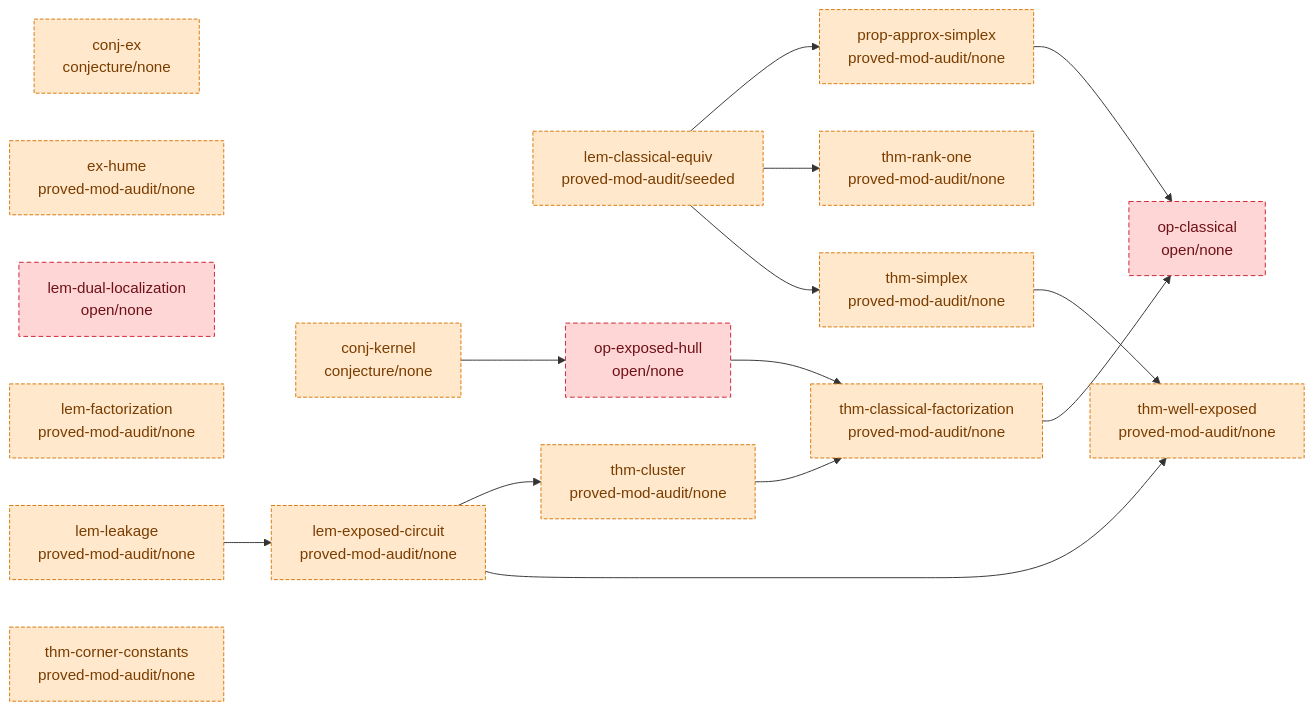
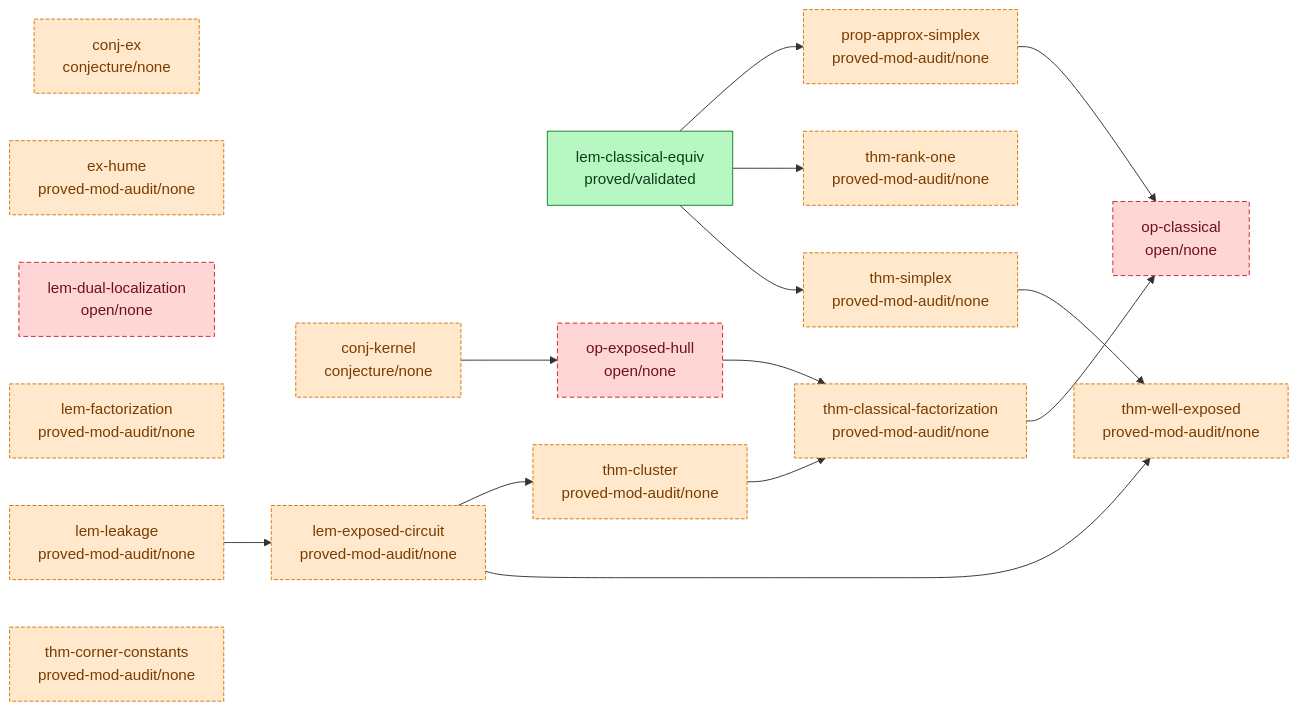
Before and after one commit to tobiasosborne/almost-idempotent-stochastic-maps: the diagram in argument/DAG.md, drawn with Mermaid. The commit also changed 160 other files, not shown here.

````diff
--- a/argument/DAG.md
+++ b/argument/DAG.md
@@ -6,41 +6,42 @@
 ```mermaid
 graph LR
   classDef validated fill:#b7f7c2,stroke:#1a7f37,color:#0b3d18;
   classDef proved fill:#cfe3ff,stroke:#0969da,color:#0a3069;
   classDef seeded fill:#fff3c4,stroke:#bf8700,color:#5a4500;
   classDef stated fill:#eaecef,stroke:#8b949e,color:#24292f;
   classDef cited fill:#e7d6ff,stroke:#8250df,color:#3b1a73;
   classDef nonrigorous fill:#ffe8cc,stroke:#d97706,color:#7a3d00,stroke-dasharray:4 2;
   classDef open fill:#ffd6d6,stroke:#cf222e,color:#6e1119,stroke-dasharray:5 3;
   conj-ex["conj-ex<br/>conjecture/none"]
   conj-kernel["conj-kernel<br/>conjecture/none"]
   ex-hume["ex-hume<br/>proved-mod-audit/none"]
-  lem-classical-equiv["lem-classical-equiv<br/>proved-mod-audit/seeded"]
+  lem-classical-equiv["lem-classical-equiv<br/>proved/validated"]
   lem-dual-localization["lem-dual-localization<br/>open/none"]
   lem-exposed-circuit["lem-exposed-circuit<br/>proved-mod-audit/none"]
   lem-factorization["lem-factorization<br/>proved-mod-audit/none"]
   lem-leakage["lem-leakage<br/>proved-mod-audit/none"]
   op-classical["op-classical<br/>open/none"]
   op-exposed-hull["op-exposed-hull<br/>open/none"]
   prop-approx-simplex["prop-approx-simplex<br/>proved-mod-audit/none"]
   thm-classical-factorization["thm-classical-factorization<br/>proved-mod-audit/none"]
   thm-cluster["thm-cluster<br/>proved-mod-audit/none"]
   thm-corner-constants["thm-corner-constants<br/>proved-mod-audit/none"]
   thm-rank-one["thm-rank-one<br/>proved-mod-audit/none"]
   thm-simplex["thm-simplex<br/>proved-mod-audit/none"]
   thm-well-exposed["thm-well-exposed<br/>proved-mod-audit/none"]
   conj-kernel --> op-exposed-hull
   lem-classical-equiv --> prop-approx-simplex
   lem-classical-equiv --> thm-rank-one
   lem-classical-equiv --> thm-simplex
   lem-exposed-circuit --> thm-cluster
   lem-exposed-circuit --> thm-well-exposed
   lem-leakage --> lem-exposed-circuit
   op-exposed-hull --> thm-classical-factorization
   prop-approx-simplex --> op-classical
   thm-classical-factorization --> op-classical
   thm-cluster --> thm-classical-factorization
   thm-simplex --> thm-well-exposed
-  class conj-ex,conj-kernel,ex-hume,lem-classical-equiv,lem-exposed-circuit,lem-factorization,lem-leakage,prop-approx-simplex,thm-classical-factorization,thm-cluster,thm-corner-constants,thm-rank-one,thm-simplex,thm-well-exposed nonrigorous;
+  class lem-classical-equiv validated;
+  class conj-ex,conj-kernel,ex-hume,lem-exposed-circuit,lem-factorization,lem-leakage,prop-approx-simplex,thm-classical-factorization,thm-cluster,thm-corner-constants,thm-rank-one,thm-simplex,thm-well-exposed nonrigorous;
   class lem-dual-localization,op-classical,op-exposed-hull open;
 ```
````
